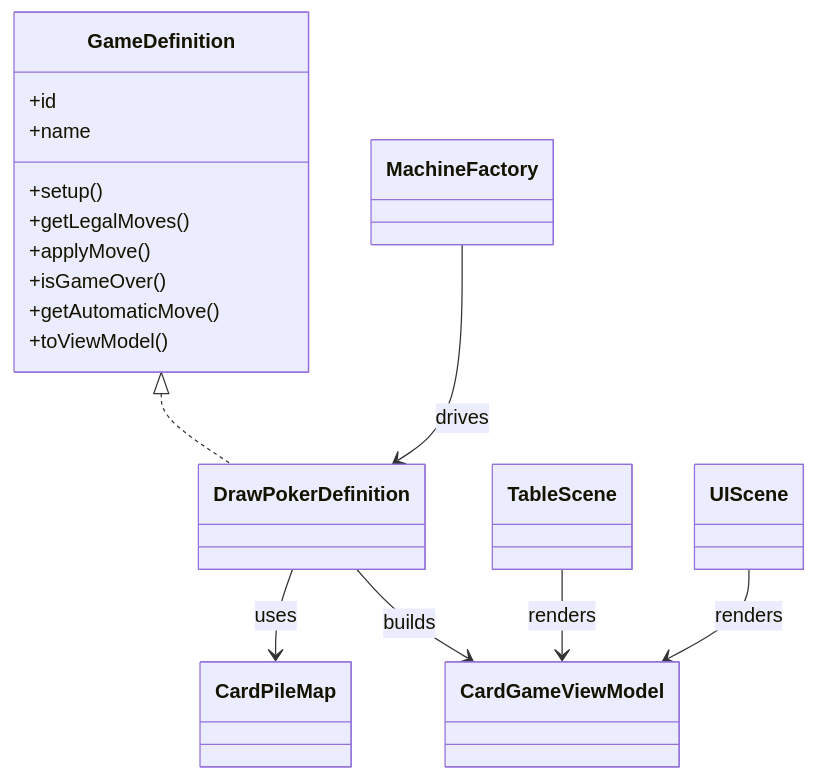
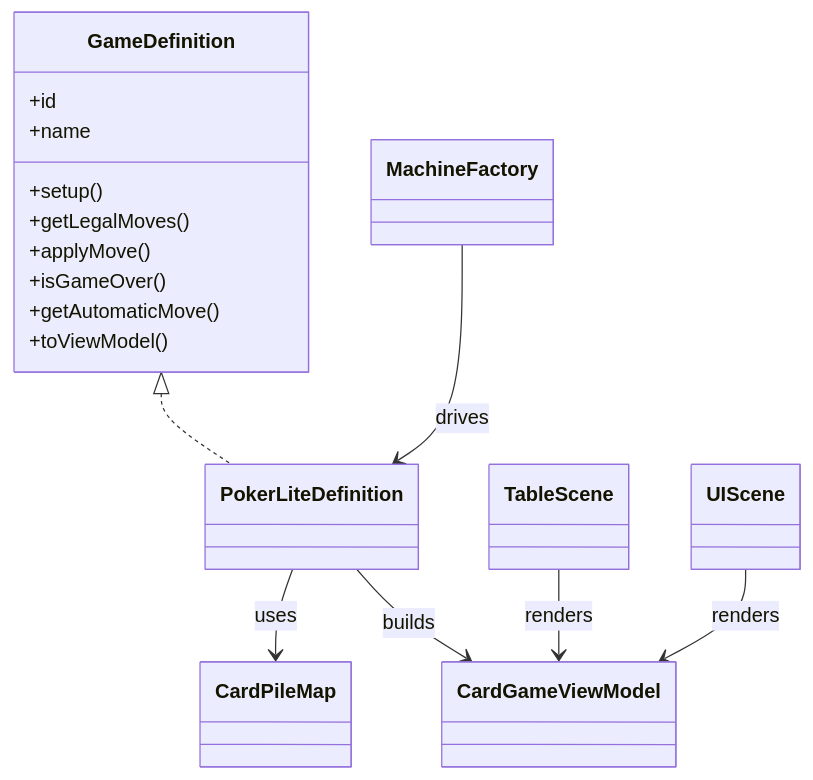
Before and after one commit to yuvala/card-game-platform: the second of 4 diagrams in docs/rewrite-architecture.md, drawn with Mermaid. The commit also changed other lines of this file and 16 other files, not shown here.

Commit message:
refactor: rename poker lite module

````diff
--- a/docs/rewrite-architecture.md
+++ b/docs/rewrite-architecture.md
@@ -134,27 +134,27 @@
 ```mermaid
 classDiagram
     class GameDefinition {
         +id
         +name
         +setup()
         +getLegalMoves()
         +applyMove()
         +isGameOver()
         +getAutomaticMove()
         +toViewModel()
     }
 
-    class DrawPokerDefinition
+    class PokerLiteDefinition
     class MachineFactory
     class CardPileMap
     class CardGameViewModel
     class TableScene
     class UIScene
 
-    GameDefinition <|.. DrawPokerDefinition
-    DrawPokerDefinition --> CardPileMap : uses
-    MachineFactory --> DrawPokerDefinition : drives
-    DrawPokerDefinition --> CardGameViewModel : builds
+    GameDefinition <|.. PokerLiteDefinition
+    PokerLiteDefinition --> CardPileMap : uses
+    MachineFactory --> PokerLiteDefinition : drives
+    PokerLiteDefinition --> CardGameViewModel : builds
     TableScene --> CardGameViewModel : renders
     UIScene --> CardGameViewModel : renders
 ```
````
